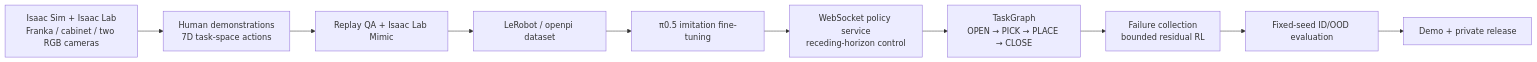
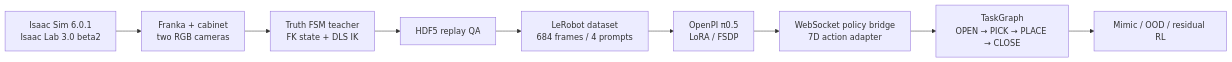
One commit to Erictianyufan/vla-tidybench changed the diagram in README.md. Above: the diagram before and after it, drawn with Mermaid. The commit also changed other lines of this file and 37 other files, not shown here.

````diff
--- a/README.md
+++ b/README.md
@@ -29,14 +32,13 @@
 ```mermaid
 flowchart LR
-    A["Isaac Sim + Isaac Lab<br/>Franka / cabinet / two RGB cameras"]
-    B["Human demonstrations<br/>7D task-space actions"]
-    C["Replay QA + Isaac Lab Mimic"]
-    D["LeRobot / openpi dataset"]
-    E["π0.5 imitation fine-tuning"]
-    F["WebSocket policy service<br/>receding-horizon control"]
-    G["TaskGraph<br/>OPEN → PICK → PLACE → CLOSE"]
-    H["Failure collection<br/>bounded residual RL"]
-    I["Fixed-seed ID/OOD evaluation"]
-    J["Demo + private release"]
-    A --> B --> C --> D --> E --> F --> G --> H --> I --> J
+    A["Isaac Sim 6.0.1<br/>Isaac Lab 3.0 beta2"]
+    B["Franka + cabinet<br/>two RGB cameras"]
+    C["Truth FSM teacher<br/>FK state + DLS IK"]
+    D["HDF5 replay QA"]
+    E["LeRobot dataset<br/>684 frames / 4 prompts"]
+    F["OpenPI π0.5<br/>LoRA / FSDP"]
+    G["WebSocket policy bridge<br/>7D action adapter"]
+    H["TaskGraph<br/>OPEN → PICK → PLACE → CLOSE"]
+    I["Mimic / OOD / residual RL"]
+    A --> B --> C --> D --> E --> F --> G --> H --> I
 ```
````
